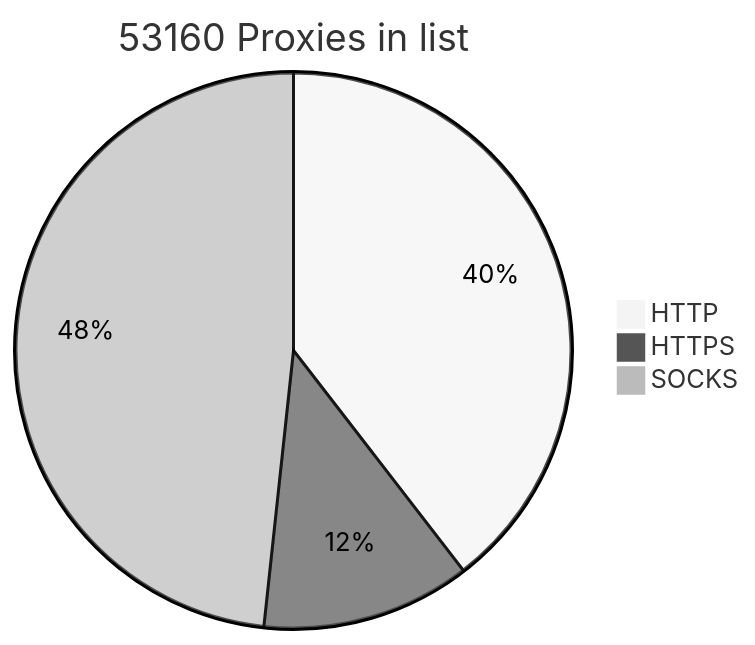
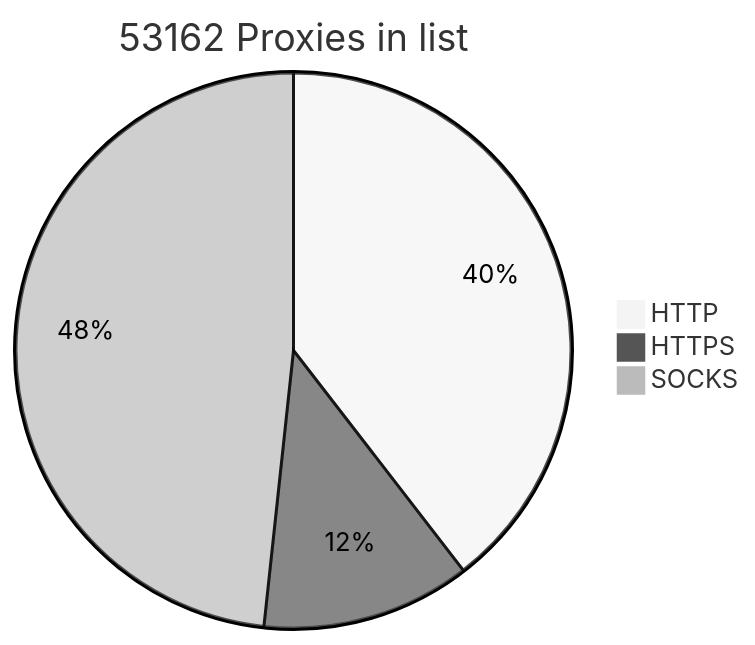
The diagram in README.md (BlackSnowDot/proxylist-update-every-minute), drawn with Mermaid (neutral theme) before and after one commit.

````diff
--- a/README.md
+++ b/README.md
@@ -2,6 +2,6 @@
 ```mermaid
-pie title 53160 Proxies in list
+pie title 53162 Proxies in list
     "HTTP" : 23468
-    "HTTPS": 7225
-    "SOCKS" : 28671
+    "HTTPS": 7224
+    "SOCKS" : 28672
 ```
````
